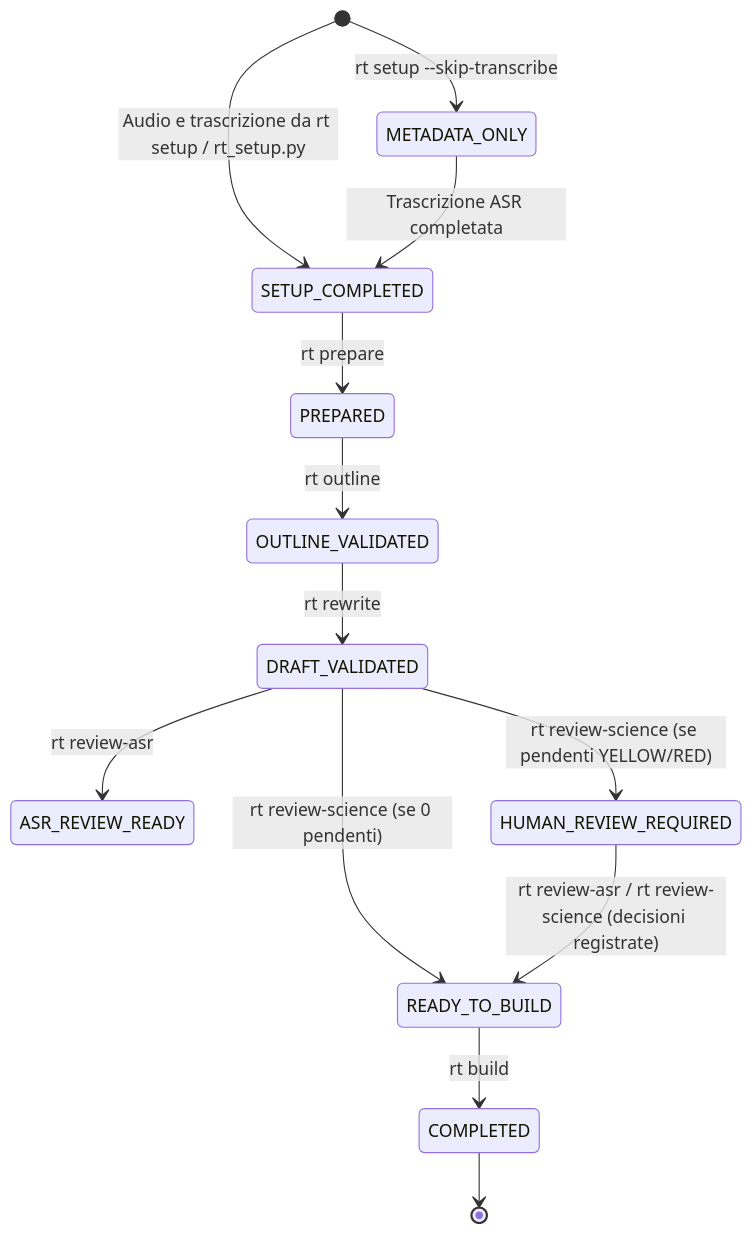
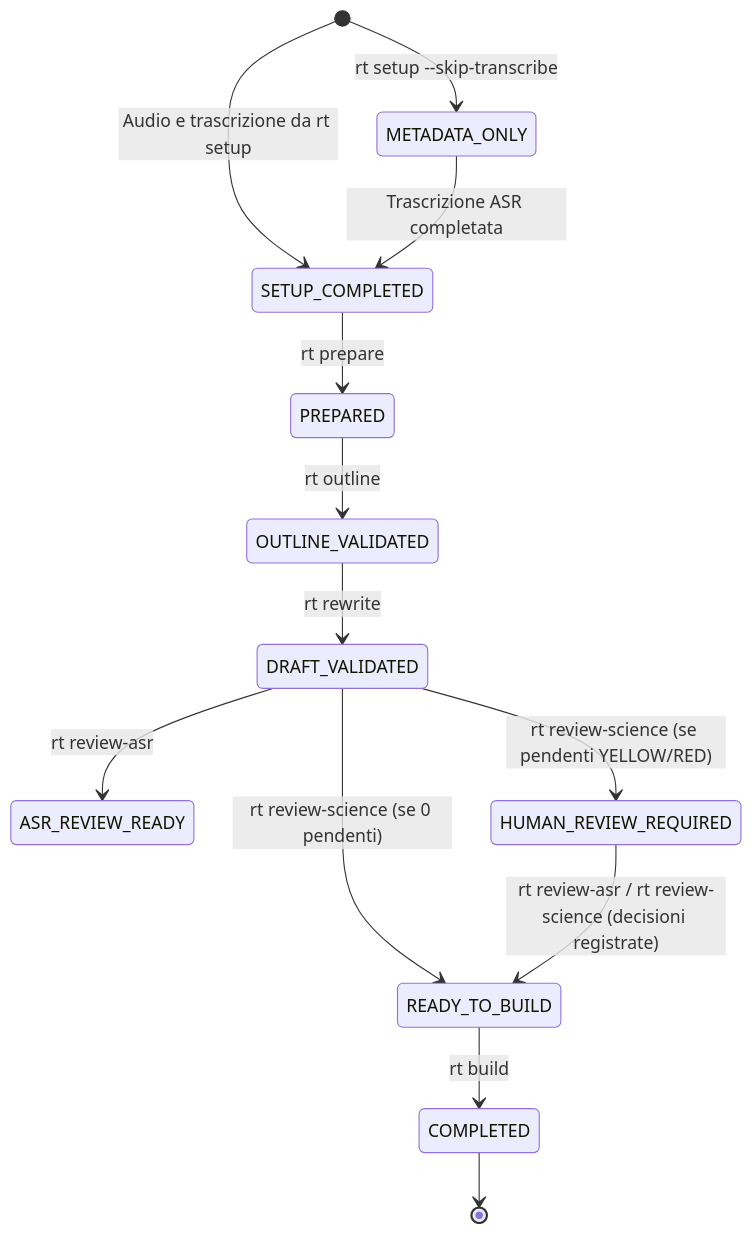
The diagram in docs/WORKFLOW.md (atturk/rt), drawn with Mermaid before and after one commit. The commit also changed other lines of this file and 4 other files, not shown here.

````diff
--- a/docs/WORKFLOW.md
+++ b/docs/WORKFLOW.md
@@ -11,15 +11,15 @@
 ```mermaid
 stateDiagram-v2
     [*] --> METADATA_ONLY: rt setup --skip-transcribe
-    [*] --> SETUP_COMPLETED: Audio e trascrizione da rt setup / rt_setup.py
+    [*] --> SETUP_COMPLETED: Audio e trascrizione da rt setup
     METADATA_ONLY --> SETUP_COMPLETED: Trascrizione ASR completata
     SETUP_COMPLETED --> PREPARED: rt prepare
     PREPARED --> OUTLINE_VALIDATED: rt outline
     OUTLINE_VALIDATED --> DRAFT_VALIDATED: rt rewrite
     DRAFT_VALIDATED --> ASR_REVIEW_READY: rt review-asr
     DRAFT_VALIDATED --> HUMAN_REVIEW_REQUIRED: rt review-science (se pendenti YELLOW/RED)
     DRAFT_VALIDATED --> READY_TO_BUILD: rt review-science (se 0 pendenti)
     HUMAN_REVIEW_REQUIRED --> READY_TO_BUILD: rt review-asr / rt review-science (decisioni registrate)
     READY_TO_BUILD --> COMPLETED: rt build
     COMPLETED --> [*]
 ```
````
